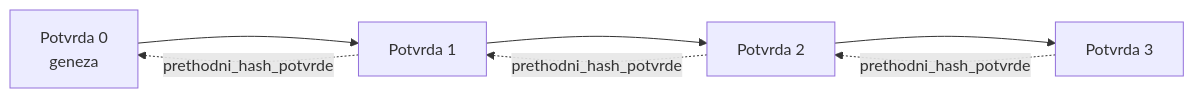
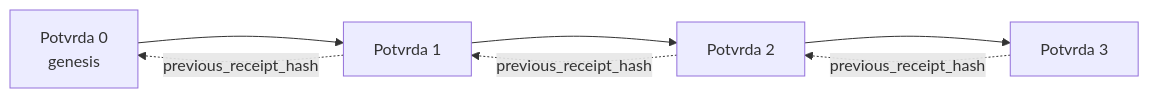
Before and after one commit to gabrielmoreira/agent-skills-mirror: the second of 2 diagrams in mirrors/repos/microsoft@ai-agents-for-beginners/translations/hr/18-securing-ai-agents/README.md, drawn with Mermaid. The commit also changed other lines of this file and 2285 other files, not shown here.

````diff
--- a/mirrors/repos/microsoft@ai-agents-for-beginners/translations/hr/18-securing-ai-agents/README.md
+++ b/mirrors/repos/microsoft@ai-agents-for-beginners/translations/hr/18-securing-ai-agents/README.md
@@ -206,9 +206,9 @@
 ```mermaid
 flowchart LR
-    R0[Potvrda 0<br/>geneza] --> R1[Potvrda 1]
+    R0[Potvrda 0<br/>genesis] --> R1[Potvrda 1]
     R1 --> R2[Potvrda 2]
     R2 --> R3[Potvrda 3]
-    R1 -. prethodni_hash_potvrde .-> R0
-    R2 -. prethodni_hash_potvrde .-> R1
-    R3 -. prethodni_hash_potvrde .-> R2
+    R1 -. previous_receipt_hash .-> R0
+    R2 -. previous_receipt_hash .-> R1
+    R3 -. previous_receipt_hash .-> R2
 ```
````
